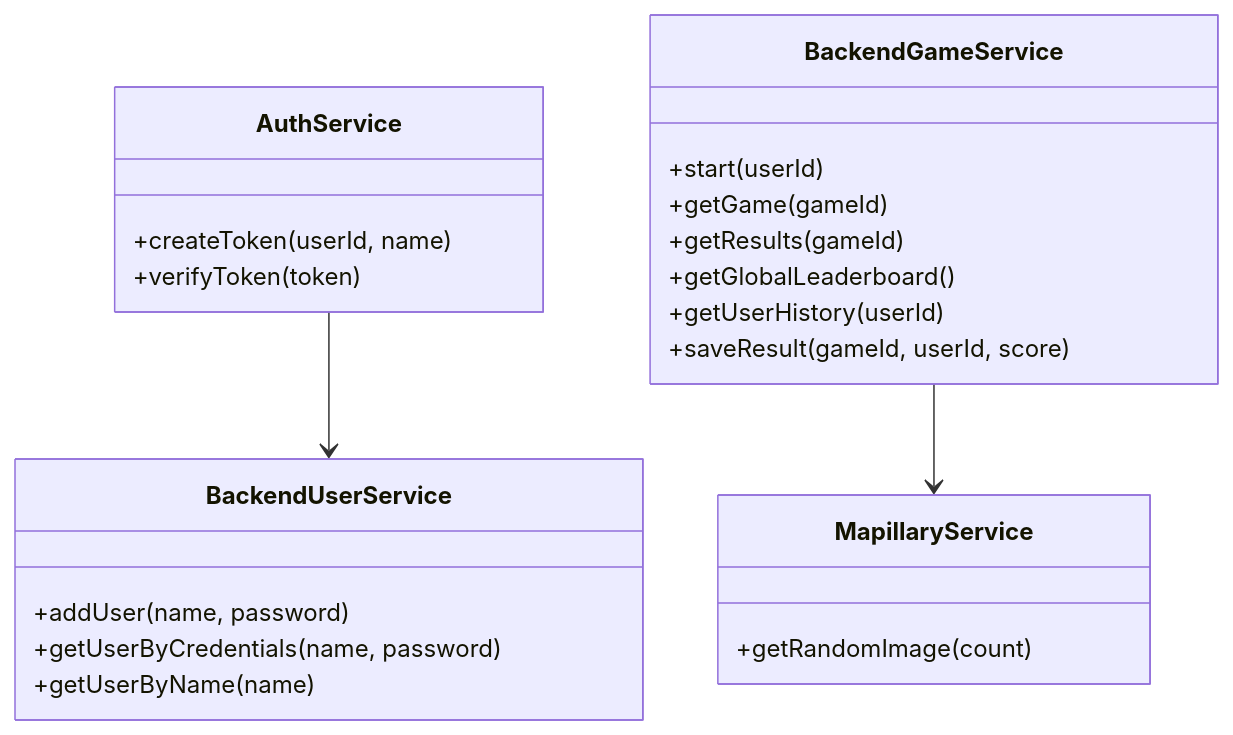
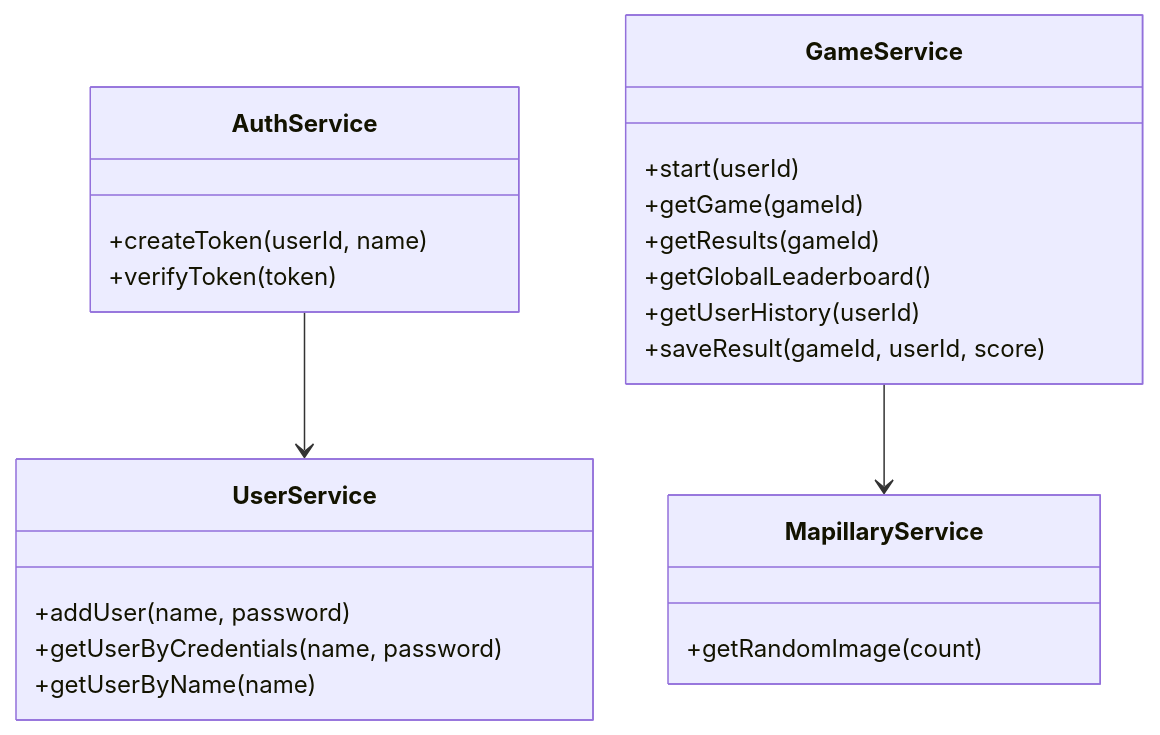
Before and after one commit to Oscar679/Web-Technology-6---GeoGuessr-Clone: the second of 3 diagrams in README.md, drawn with Mermaid. The commit also changed other lines of this file, not shown here.

````diff
--- a/README.md
+++ b/README.md
@@ -120,29 +120,29 @@
 ```mermaid
 classDiagram
     class AuthService {
         +createToken(userId, name)
         +verifyToken(token)
     }
 
-    class BackendUserService {
+    class UserService {
         +addUser(name, password)
         +getUserByCredentials(name, password)
         +getUserByName(name)
     }
 
-    class BackendGameService {
+    class GameService {
         +start(userId)
         +getGame(gameId)
         +getResults(gameId)
         +getGlobalLeaderboard()
         +getUserHistory(userId)
         +saveResult(gameId, userId, score)
     }
 
     class MapillaryService {
         +getRandomImage(count)
     }
 
-    BackendGameService --> MapillaryService
-    AuthService --> BackendUserService
+    GameService --> MapillaryService
+    AuthService --> UserService
 ```
````
